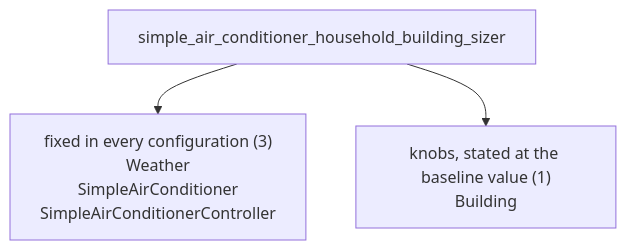
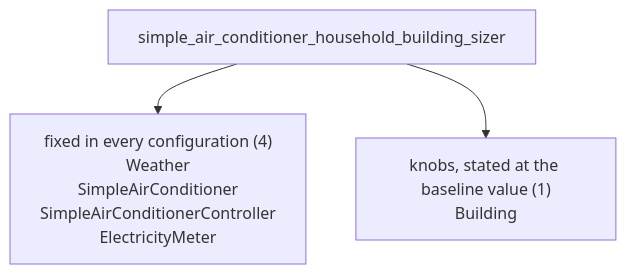
Before and after one commit to FZJ-IEK3-VSA/HiSim: diagram 13 of 22 in roadmap/declarative_energy_systems/grouping_overview.md, drawn with Mermaid. The commit also changed other lines of this file and 37 other files, not shown here.

````diff
--- a/roadmap/declarative_energy_systems/grouping_overview.md
+++ b/roadmap/declarative_energy_systems/grouping_overview.md
@@ -699,9 +699,9 @@
 ```mermaid
 flowchart TD
     setup["simple_air_conditioner_household_building_sizer"]
-    fixed["fixed in every configuration (3)<br/>Weather<br/>SimpleAirConditioner<br/>SimpleAirConditionerController"]
+    fixed["fixed in every configuration (4)<br/>Weather<br/>SimpleAirConditioner<br/>SimpleAirConditionerController<br/>ElectricityMeter"]
     knobs["knobs, stated at the baseline value (1)<br/>Building"]
 
     setup --> fixed
     setup --> knobs
 ```
````
